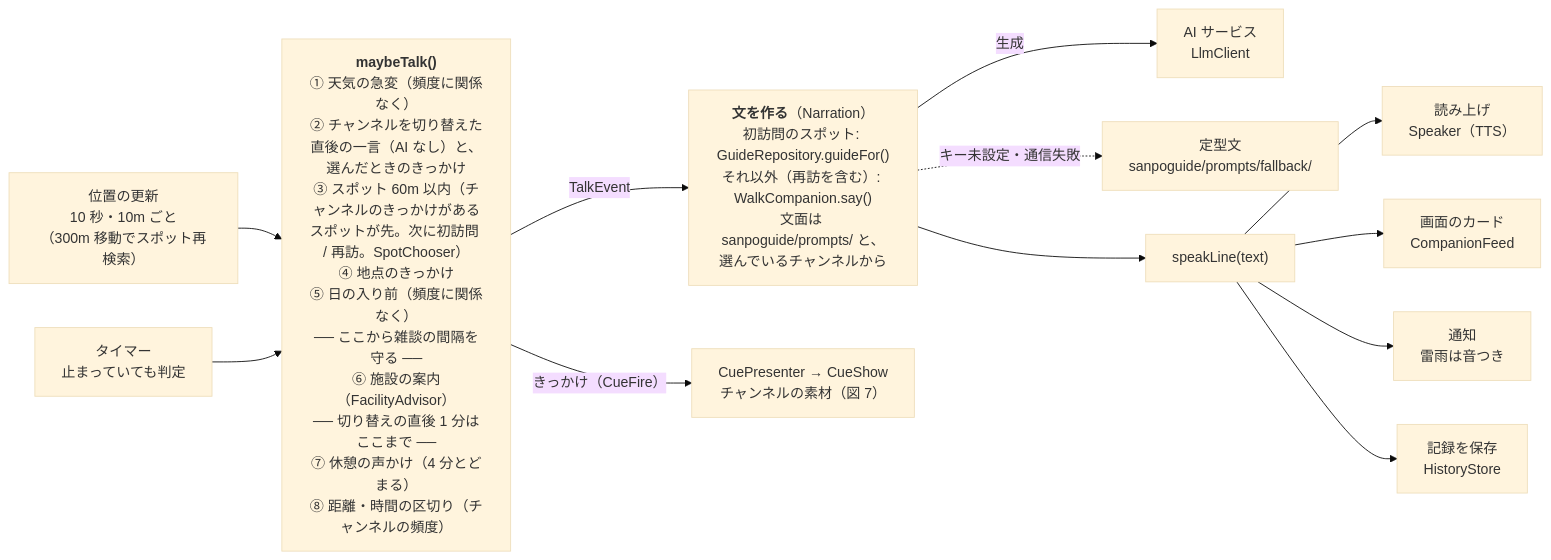
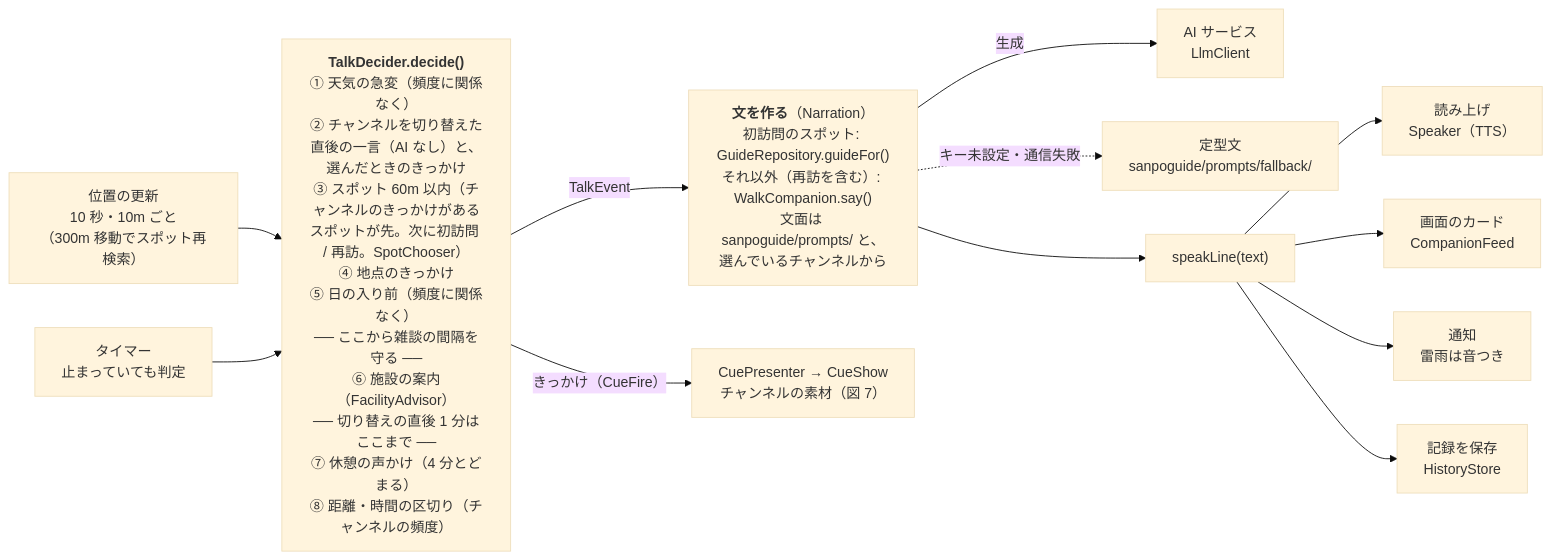
The third of 8 diagrams in docs/architecture.md (duwenji/yorisoi-sanpoguide), drawn with Mermaid (base theme) before and after one commit. The commit also changed other lines of this file and 6 other files, not shown here.

First line of the commit message:
refactor: 「いま何を話すか」の判定を TalkDecider に取り出し、場面テストを付ける（RFC-003 手順 1・2）

````diff
--- a/docs/architecture.md
+++ b/docs/architecture.md
@@ -99,17 +99,17 @@
 ```mermaid
 flowchart LR
   Loc["位置の更新<br/>10 秒・10m ごと<br/>（300m 移動でスポット再検索）"] --> Talk
   Tick["タイマー<br/>止まっていても判定"] --> Talk
 
-  Talk["<b>maybeTalk()</b><br/>① 天気の急変（頻度に関係なく）<br/>② チャンネルを切り替えた直後の一言（AI なし）と、選んだときのきっかけ<br/>③ スポット 60m 以内（チャンネルのきっかけがあるスポットが先。次に初訪問 / 再訪。SpotChooser）<br/>④ 地点のきっかけ<br/>⑤ 日の入り前（頻度に関係なく）<br/>── ここから雑談の間隔を守る ──<br/>⑥ 施設の案内（FacilityAdvisor）<br/>── 切り替えの直後 1 分はここまで ──<br/>⑦ 休憩の声かけ（4 分とどまる）<br/>⑧ 距離・時間の区切り（チャンネルの頻度）"]
+  Talk["<b>TalkDecider.decide()</b><br/>① 天気の急変（頻度に関係なく）<br/>② チャンネルを切り替えた直後の一言（AI なし）と、選んだときのきっかけ<br/>③ スポット 60m 以内（チャンネルのきっかけがあるスポットが先。次に初訪問 / 再訪。SpotChooser）<br/>④ 地点のきっかけ<br/>⑤ 日の入り前（頻度に関係なく）<br/>── ここから雑談の間隔を守る ──<br/>⑥ 施設の案内（FacilityAdvisor）<br/>── 切り替えの直後 1 分はここまで ──<br/>⑦ 休憩の声かけ（4 分とどまる）<br/>⑧ 距離・時間の区切り（チャンネルの頻度）"]
 
   Talk -- "TalkEvent" --> Compose["<b>文を作る</b>（Narration）<br/>初訪問のスポット: GuideRepository.guideFor()<br/>それ以外（再訪を含む）: WalkCompanion.say()<br/>文面は sanpoguide/prompts/ と、選んでいるチャンネルから"]
   Talk -- "きっかけ（CueFire）" --> CueShow["CuePresenter → CueShow<br/>チャンネルの素材（図 7）"]
   Compose -- "生成" --> AI["AI サービス<br/>LlmClient"]
   Compose -. "キー未設定・通信失敗" .-> Fallback["定型文<br/>sanpoguide/prompts/fallback/"]
   Compose --> Speak["speakLine(text)"]
   Speak --> Speaker["読み上げ<br/>Speaker（TTS）"]
   Speak --> Feed["画面のカード<br/>CompanionFeed"]
   Speak --> Notify["通知<br/>雷雨は音つき"]
   Speak --> Save["記録を保存<br/>HistoryStore"]
 ```
````
